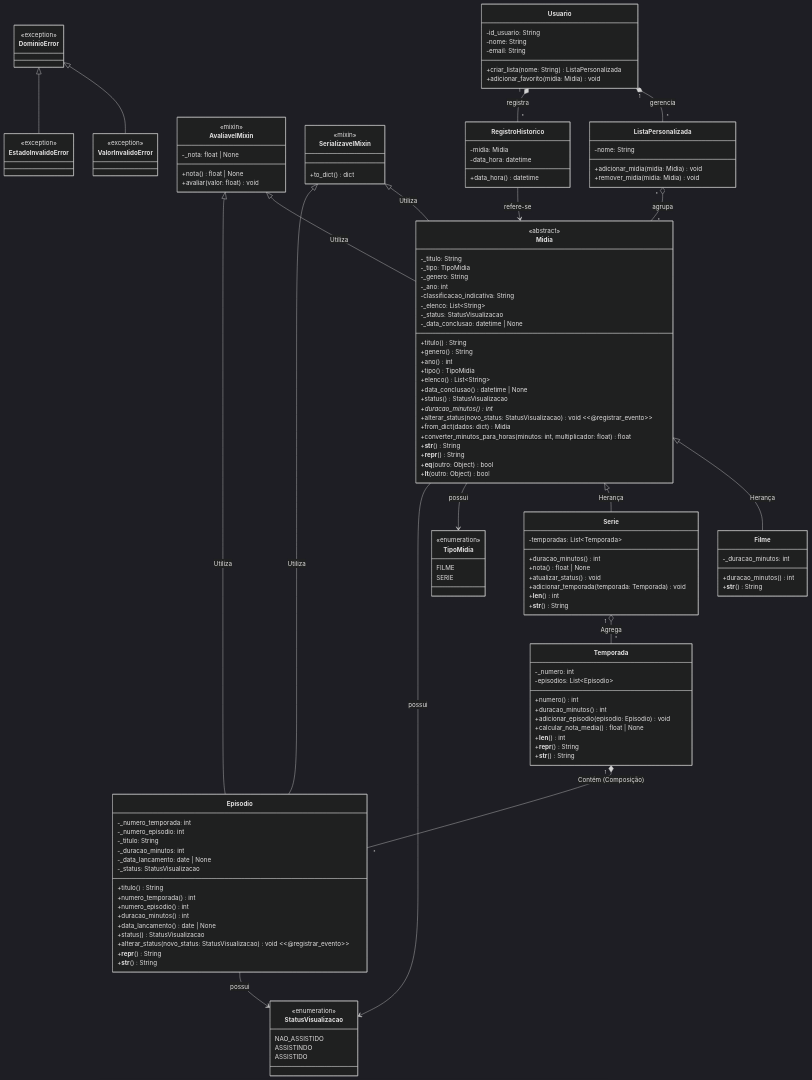
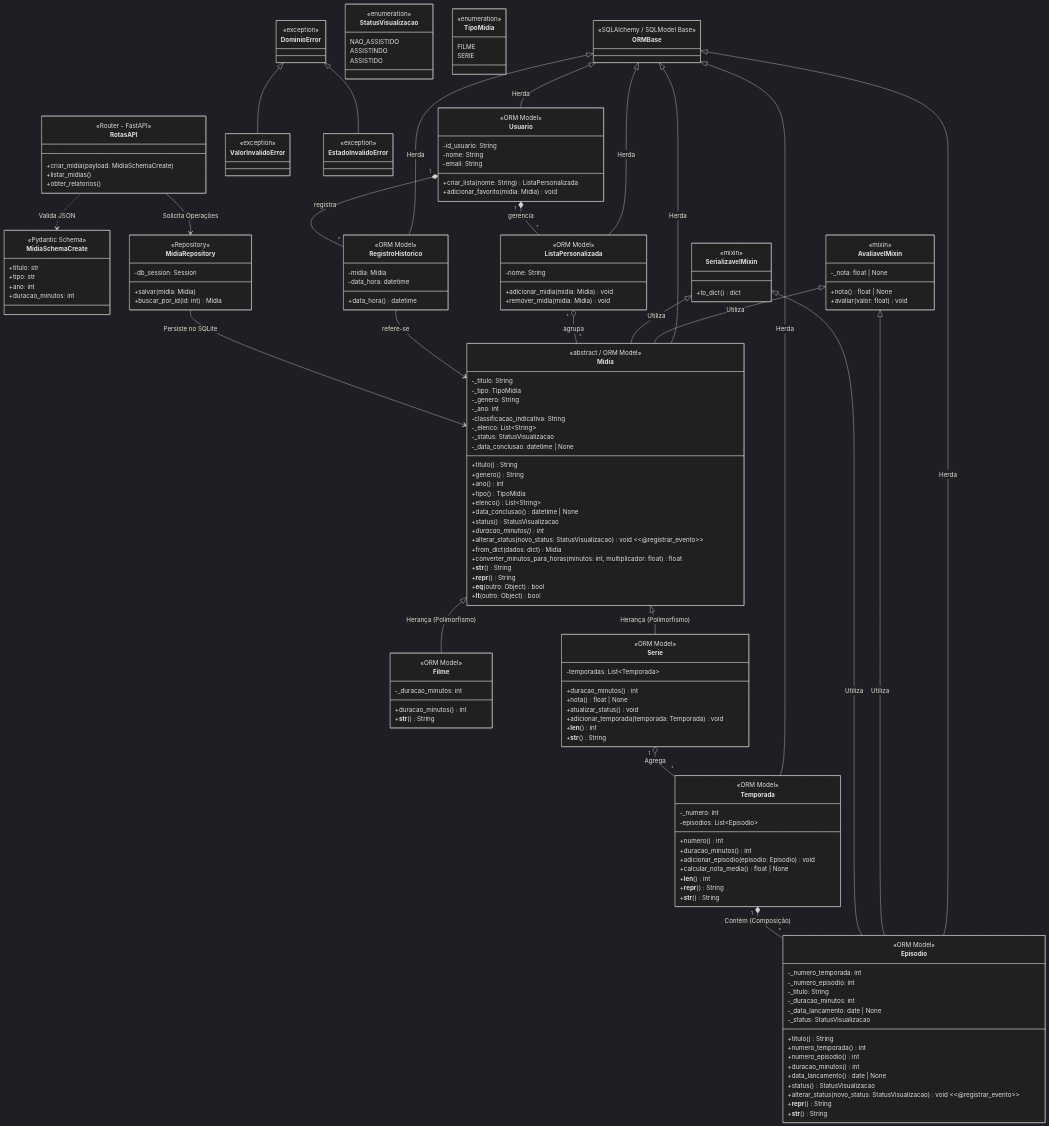
One commit to edson-santos0077/Exercicios-de-estudo-em-python changed the diagram in README.md. Above: the diagram before and after it, drawn with Mermaid (dark theme).

````diff
--- a/README.md
+++ b/README.md
@@ -73,6 +73,41 @@
 classDiagram
     direction TB
 
+    %% ==========================================
+    %% CAMADA DE INTERFACE (FASTAPI)
+    %% ==========================================
+    class RotasAPI {
+        <<Router - FastAPI>>
+        +criar_midia(payload: MidiaSchemaCreate)
+        +listar_midias()
+        +obter_relatorios()
+    }
+
+    class MidiaSchemaCreate {
+        <<Pydantic Schema>>
+        +titulo: str
+        +tipo: str
+        +ano: int
+        +duracao_minutos: int
+    }
+
+    %% ==========================================
+    %% CAMADA DE PERSISTÊNCIA (SQLITE / ORM)
+    %% ==========================================
+    class MidiaRepository {
+        <<Repository>>
+        -db_session: Session
+        +salvar(midia: Midia)
+        +buscar_por_id(id: int) Midia
+    }
+
+    class ORMBase {
+        <<SQLAlchemy / SQLModel Base>>
+    }
+
+    %% ==========================================
+    %% ENUMS E EXCEÇÕES DE DOMÍNIO
+    %% ==========================================
     class StatusVisualizacao {
         <<enumeration>>
         NAO_ASSISTIDO
@@ -86,19 +121,16 @@
         SERIE
     }
 
-    class DominioError {
-        <<exception>>
-    }
-    class ValorInvalidoError {
-        <<exception>>
-    }
-    class EstadoInvalidoError {
-        <<exception>>
-    }
+    class DominioError { <<exception>> }
+    class ValorInvalidoError { <<exception>> }
+    class EstadoInvalidoError { <<exception>> }
 
     DominioError <|-- ValorInvalidoError
     DominioError <|-- EstadoInvalidoError
 
+    %% ==========================================
+    %% MIXINS
+    %% ==========================================
     class AvaliavelMixin {
         <<mixin>>
         -_nota: float | None
@@ -111,8 +143,11 @@
         +to_dict() dict
     }
 
+    %% ==========================================
+    %% CAMADA DE DOMÍNIO (MAPEADA NO ORM)
+    %% ==========================================
     class Midia {
-        <<abstract>>
+        <<abstract / ORM Model>>
         -_titulo: String
         -_tipo: TipoMidia
         -_genero: String
@@ -139,12 +174,14 @@
     }
 
     class Filme {
+        <<ORM Model>>
         -_duracao_minutos: int
         +duracao_minutos() int
         +__str__() String
     }
 
     class Serie {
+        <<ORM Model>>
         -temporadas: List~Temporada~
         +duracao_minutos() int
         +nota() float | None
@@ -155,6 +192,7 @@
     }
 
     class Temporada {
+        <<ORM Model>>
         -_numero: int
         -episodios: List~Episodio~
         +numero() int
@@ -167,6 +205,7 @@
     }
 
     class Episodio {
+        <<ORM Model>>
         -_numero_temporada: int
         -_numero_episodio: int
         -_titulo: String
@@ -185,6 +224,7 @@
     }
 
     class Usuario {
+        <<ORM Model>>
         -id_usuario: String
         -nome: String
         -email: String
@@ -193,40 +233,52 @@
     }
 
     class ListaPersonalizada {
+        <<ORM Model>>
         -nome: String
         +adicionar_midia(midia: Midia) void
         +remover_midia(midia: Midia) void
     }
 
     class RegistroHistorico {
+        <<ORM Model>>
         -midia: Midia
         -data_hora: datetime
         +data_hora() datetime
     }
 
-    %% Mixins
+    %% ==========================================
+    %% RELACIONAMENTOS DE HERANÇA E ORM
+    %% ==========================================
+    ORMBase <|-- Midia : Herda
+    ORMBase <|-- Temporada : Herda
+    ORMBase <|-- Episodio : Herda
+    ORMBase <|-- Usuario : Herda
+    ORMBase <|-- ListaPersonalizada : Herda
+    ORMBase <|-- RegistroHistorico : Herda
+
+    Midia <|-- Filme : Herança (Polimorfismo)
+    Midia <|-- Serie : Herança (Polimorfismo)
+
     AvaliavelMixin <|-- Midia : Utiliza
     SerializavelMixin <|-- Midia : Utiliza
     AvaliavelMixin <|-- Episodio : Utiliza
     SerializavelMixin <|-- Episodio : Utiliza
 
-    %% Herança
-    Midia <|-- Filme : Herança
-    Midia <|-- Serie : Herança
-
-    %% Agregação e Composição
+    %% ==========================================
+    %% RELACIONAMENTOS DE ASSOCIAÇÃO
+    %% ==========================================
     Serie "1" o-- "*" Temporada : Agrega
     Temporada "1" *-- "*" Episodio : Contém (Composição)
-
-    %% Uso de Enums
-    Midia --> TipoMidia : possui
-    Midia --> StatusVisualizacao : possui
-    Episodio --> StatusVisualizacao : possui
-
-    %% Relacionamentos do Usuário
     Usuario "1" *-- "*" ListaPersonalizada : gerencia
     Usuario "1" *-- "*" RegistroHistorico : registra
     ListaPersonalizada "*" o-- "*" Midia : agrupa
     RegistroHistorico --> Midia : refere-se
 
+    %% ==========================================
+    %% FLUXO DOS FRAMEWORKS EXTERNOS
+    %% ==========================================
+    RotasAPI ..> MidiaSchemaCreate : Valida JSON
+    RotasAPI --> MidiaRepository : Solicita Operações
+    MidiaRepository --> Midia : Persiste no SQLite
+
 ```
````
